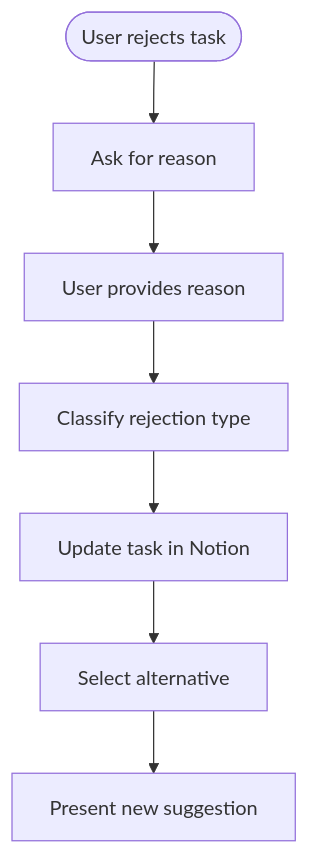
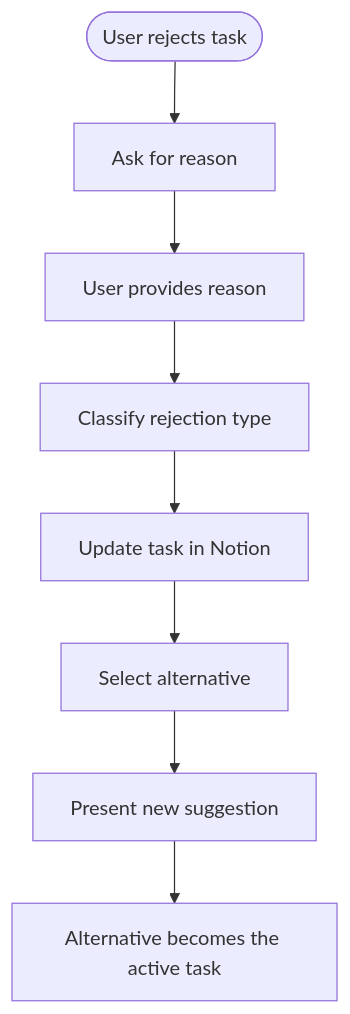
One commit to NickBorgersProbably/hide-my-list changed the first of 2 diagrams in docs/ai-prompts/rejection.md. Above: the diagram before and after it, drawn with Mermaid. The commit also changed other lines of this file and 22 other files, not shown here.

````diff
--- a/docs/ai-prompts/rejection.md
+++ b/docs/ai-prompts/rejection.md
@@ -7,9 +7,10 @@
 ```mermaid
 flowchart TD
     Reject([User rejects task]) --> Ask[Ask for reason]
     Ask --> Reason[User provides reason]
     Reason --> Classify[Classify rejection type]
     Classify --> Update[Update task in Notion]
     Update --> Reselect[Select alternative]
     Reselect --> Present[Present new suggestion]
+    Present --> Activate[Alternative becomes the active task]
 ```
````
